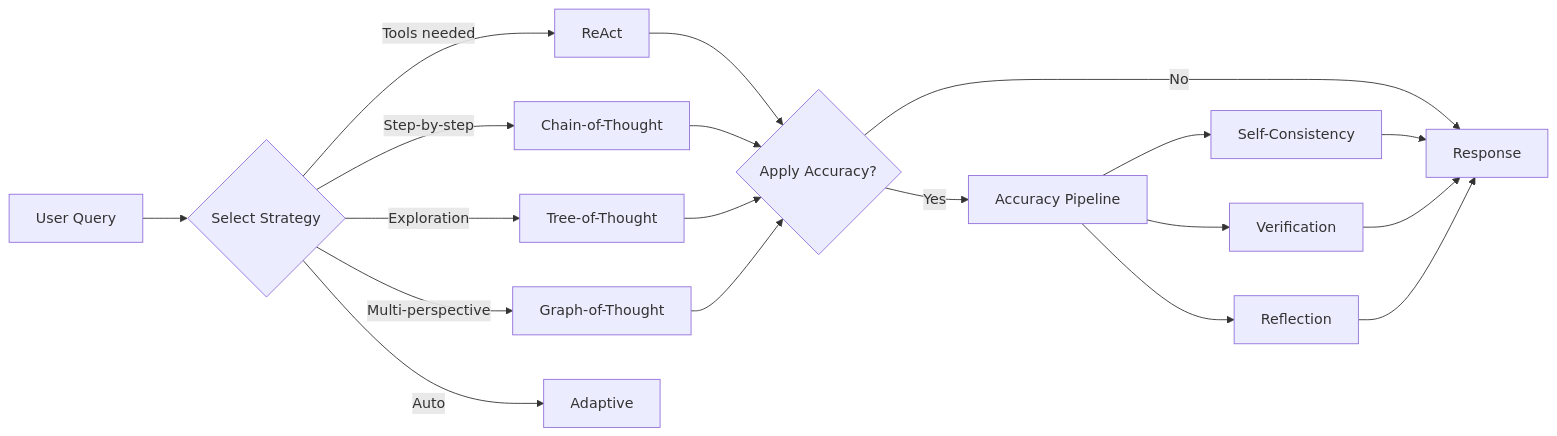
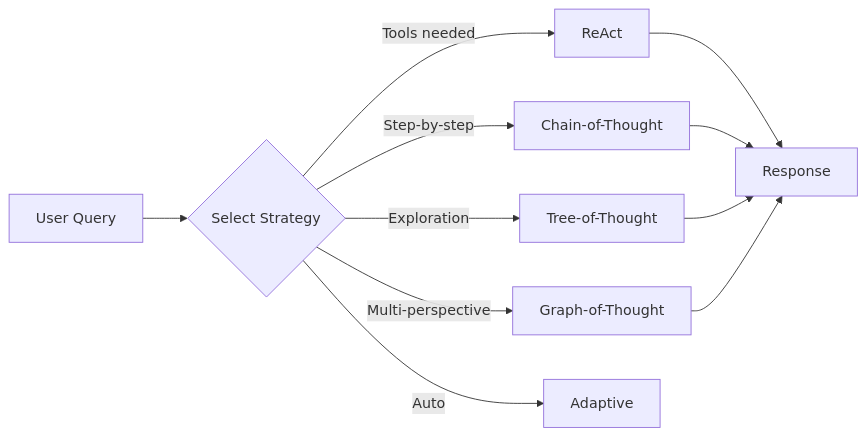
Before and after one commit to agentjido/jido_ai: the second of 2 diagrams in guides/user/01_overview.md, drawn with Mermaid. The commit also changed other lines of this file and 200 other files, not shown here.

````diff
--- a/guides/user/01_overview.md
+++ b/guides/user/01_overview.md
@@ -133,26 +70,15 @@
 ```mermaid
 flowchart LR
     Input[User Query] --> Strategy{Select Strategy}
 
     Strategy -->|Tools needed| ReAct[ReAct]
     Strategy -->|Step-by-step| CoT[Chain-of-Thought]
     Strategy -->|Exploration| ToT[Tree-of-Thought]
     Strategy -->|Multi-perspective| GoT[Graph-of-Thought]
     Strategy -->|Auto| Adaptive[Adaptive]
 
-    ReAct --> Accuracy{Apply Accuracy?}
-    CoT --> Accuracy
-    ToT --> Accuracy
-    GoT --> Accuracy
-
-    Accuracy -->|Yes| Pipeline[Accuracy Pipeline]
-    Accuracy -->|No| Output[Response]
-
-    Pipeline --> SC[Self-Consistency]
-    Pipeline --> Verify[Verification]
-    Pipeline --> Reflect[Reflection]
-
-    SC --> Output
-    Verify --> Output
-    Reflect --> Output
+    ReAct --> Output[Response]
+    CoT --> Output
+    ToT --> Output
+    GoT --> Output
 ```
````
